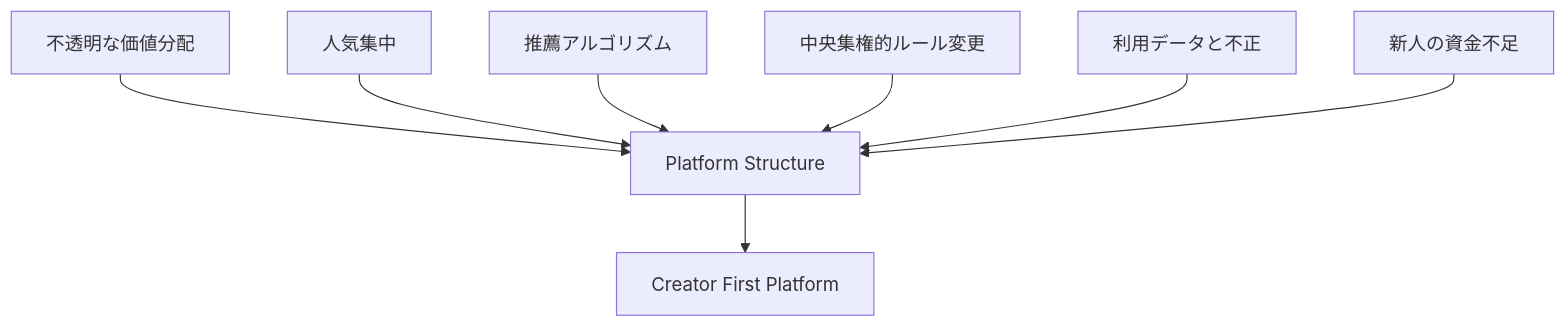
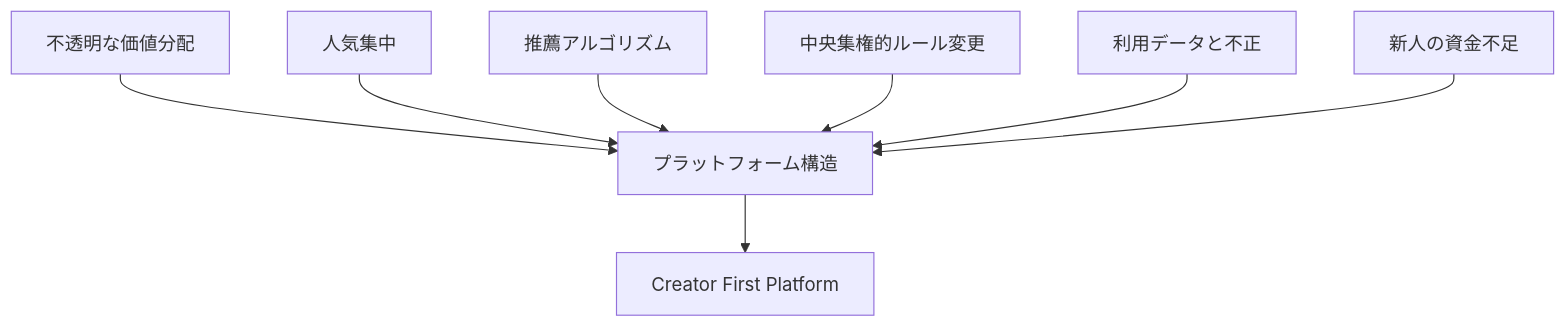
The tenth of 11 diagrams in docs/whitepaper/02-market.md (ShigeichiroYamasaki/creator-first-platform), drawn with Mermaid before and after one commit. The commit also changed other lines of this file and 72 other files, not shown here.

````diff
--- a/docs/whitepaper/02-market.md
+++ b/docs/whitepaper/02-market.md
@@ -373,18 +373,18 @@
 ```mermaid
 flowchart TD
     A[不透明な価値分配]
     B[人気集中]
     C[推薦アルゴリズム]
     D[中央集権的ルール変更]
     E[利用データと不正]
     F[新人の資金不足]
 
-    A --> CORE[Platform Structure]
+    A --> CORE[プラットフォーム構造]
     B --> CORE
     C --> CORE
     D --> CORE
     E --> CORE
     F --> CORE
 
     CORE --> CFP[Creator First Platform]
 ```
````
